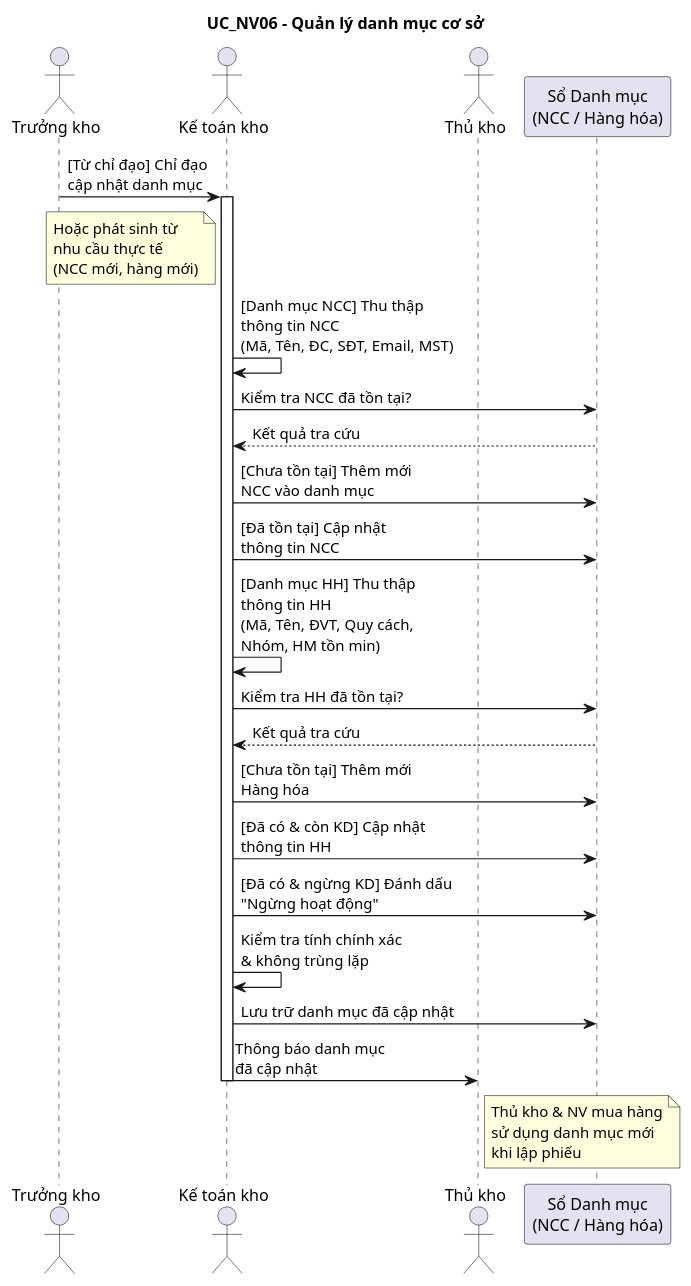
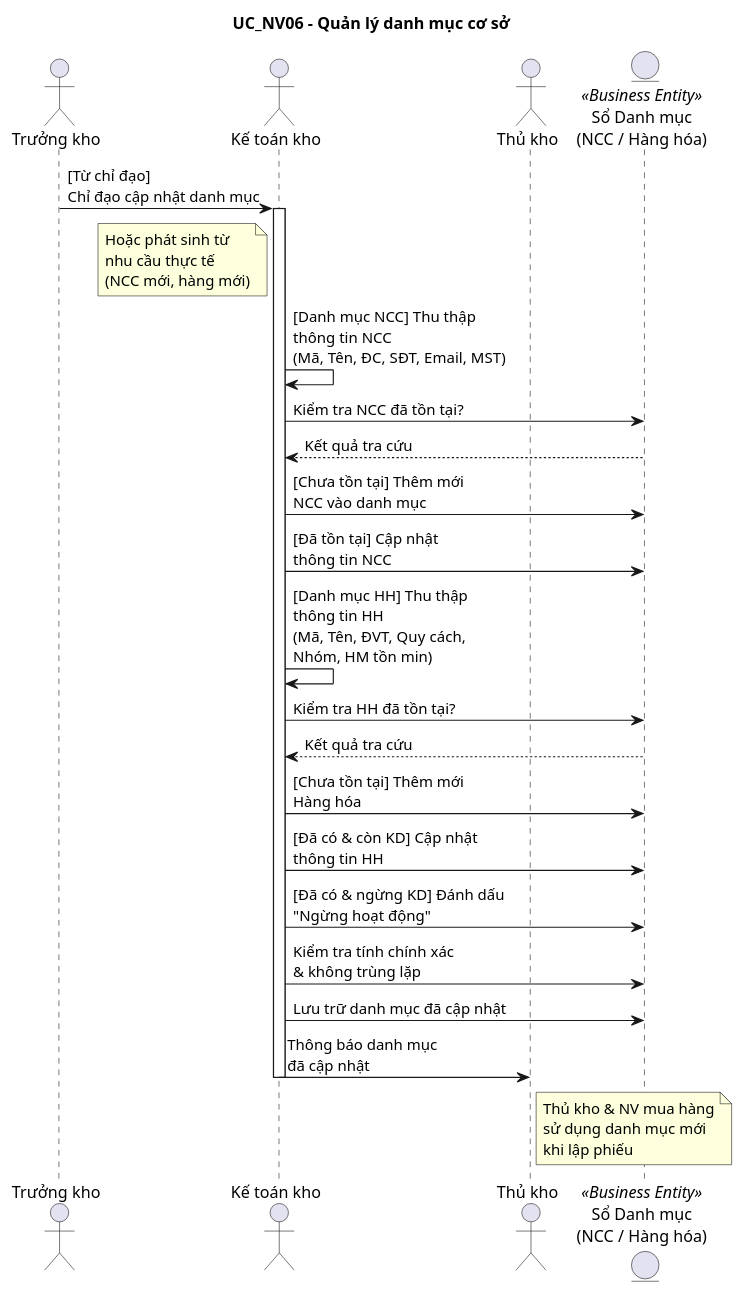
Before and after one commit to OXplakhoa/StorageManager: the diagram in diagrams/sequence_nv/seq_uc_nv06_danh_muc.md, drawn with PlantUML. The commit also changed 9 other files, not shown here.

Commit message:
feat: add more skills base on syllabus and fix sequence diagram

````diff
--- a/diagrams/sequence_nv/seq_uc_nv06_danh_muc.md
+++ b/diagrams/sequence_nv/seq_uc_nv06_danh_muc.md
@@ -3,36 +3,36 @@
 ```plantuml
 @startuml
 title UC_NV06 – Quản lý danh mục cơ sở
 
 actor "Trưởng kho" as TrK
 actor "Kế toán kho" as KTK
 actor "Thủ kho" as TK
-participant "Sổ Danh mục\n(NCC / Hàng hóa)" as DM
+entity "Sổ Danh mục\n(NCC / Hàng hóa)" as DM <<Business Entity>>
 
-TrK -> KTK : [Từ chỉ đạo] Chỉ đạo\ncập nhật danh mục
+TrK -> KTK : [Từ chỉ đạo]\nChỉ đạo cập nhật danh mục
 note left of KTK : Hoặc phát sinh từ\nnhu cầu thực tế\n(NCC mới, hàng mới)
 
 activate KTK
 
 KTK -> KTK : [Danh mục NCC] Thu thập\nthông tin NCC\n(Mã, Tên, ĐC, SĐT, Email, MST)
 KTK -> DM : Kiểm tra NCC đã tồn tại?
 DM --> KTK : Kết quả tra cứu
 KTK -> DM : [Chưa tồn tại] Thêm mới\nNCC vào danh mục
 KTK -> DM : [Đã tồn tại] Cập nhật\nthông tin NCC
 
 KTK -> KTK : [Danh mục HH] Thu thập\nthông tin HH\n(Mã, Tên, ĐVT, Quy cách,\nNhóm, HM tồn min)
 KTK -> DM : Kiểm tra HH đã tồn tại?
 DM --> KTK : Kết quả tra cứu
 KTK -> DM : [Chưa tồn tại] Thêm mới\nHàng hóa
 KTK -> DM : [Đã có & còn KD] Cập nhật\nthông tin HH
 KTK -> DM : [Đã có & ngừng KD] Đánh dấu\n"Ngừng hoạt động"
 
-KTK -> KTK : Kiểm tra tính chính xác\n& không trùng lặp
+KTK -> DM : Kiểm tra tính chính xác\n& không trùng lặp
 KTK -> DM : Lưu trữ danh mục đã cập nhật
 KTK -> TK : Thông báo danh mục\nđã cập nhật
 deactivate KTK
 
 note right of TK : Thủ kho & NV mua hàng\nsử dụng danh mục mới\nkhi lập phiếu
 
 @enduml
 ```
````
